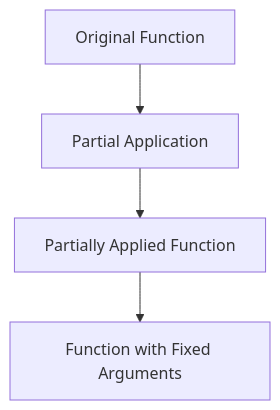
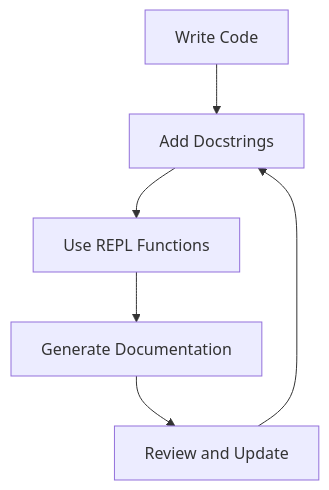
The diagram in content/patterns-clojure/4/7/index.md (MasteryEducation/SoftwarePatternsLexicon.com), drawn with Mermaid before and after one commit. The commit also changed other lines of this file and 462 other files, not shown here.

````diff
--- a/content/patterns-clojure/4/7/index.md
+++ b/content/patterns-clojure/4/7/index.md
@@ -108,6 +178,8 @@
 ```mermaid
 graph TD;
-    A[Original Function] --> B[Partial Application]
-    B --> C[Partially Applied Function]
-    C --> D[Function with Fixed Arguments]
+    A[Write Code] --> B[Add Docstrings];
+    B --> C[Use REPL Functions];
+    C --> D[Generate Documentation];
+    D --> E[Review and Update];
+    E --> B;
 ```
````
